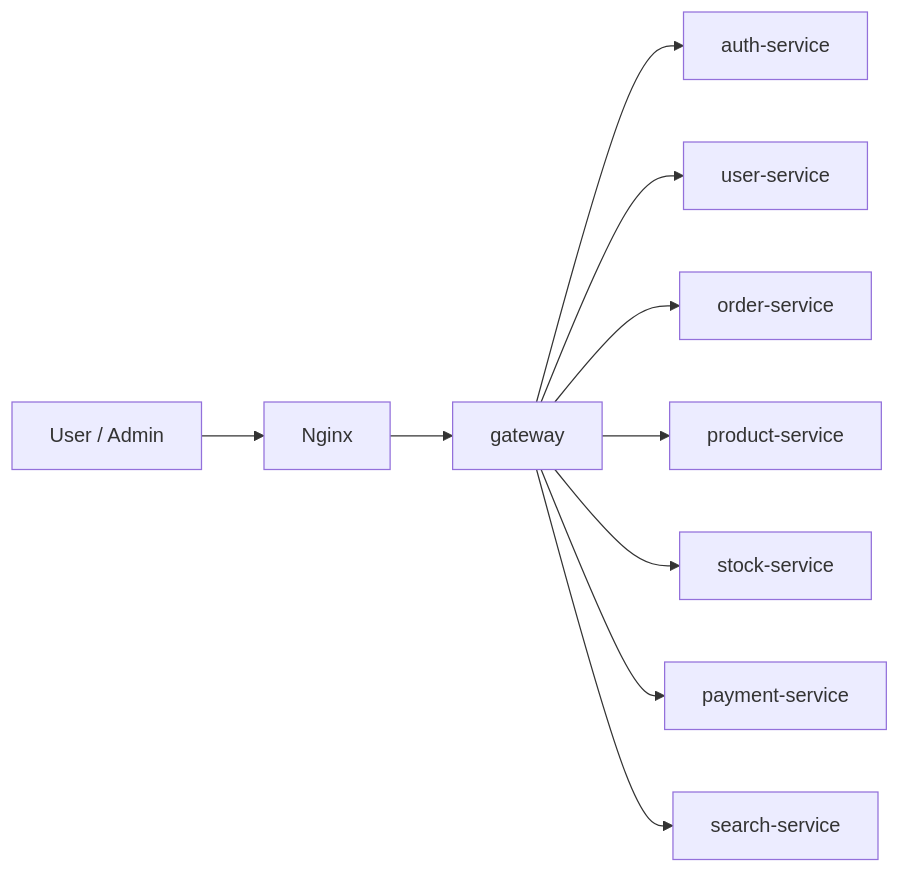
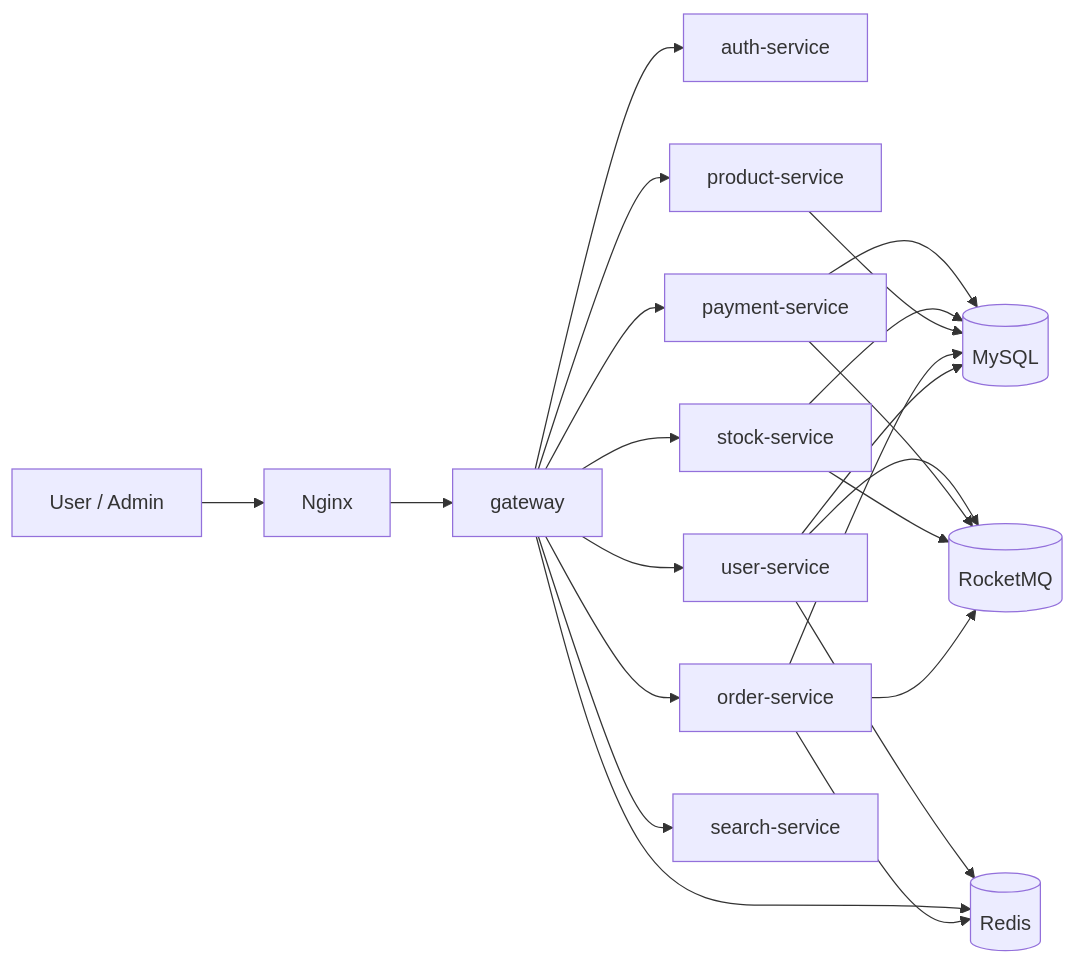
One commit to USERON8/cloud changed the first of 4 diagrams in README.md. Above: the diagram before and after it, drawn with Mermaid. The commit also changed other lines of this file and 3 other files, not shown here.

````diff
--- a/README.md
+++ b/README.md
@@ -99,12 +148,27 @@
 ```mermaid
 flowchart LR
     U[User / Admin] --> N[Nginx]
     N --> G[gateway]
     G --> A[auth-service]
     G --> US[user-service]
     G --> OS[order-service]
     G --> PS[product-service]
     G --> SS[stock-service]
     G --> PAY[payment-service]
     G --> SE[search-service]
+
+    US --> M[(MySQL)]
+    OS --> M
+    PS --> M
+    SS --> M
+    PAY --> M
+
+    OS --> R[(RocketMQ)]
+    SS --> R
+    PAY --> R
+    US --> R
+
+    OS --> RD[(Redis)]
+    G --> RD
+    US --> RD
 ```
````
